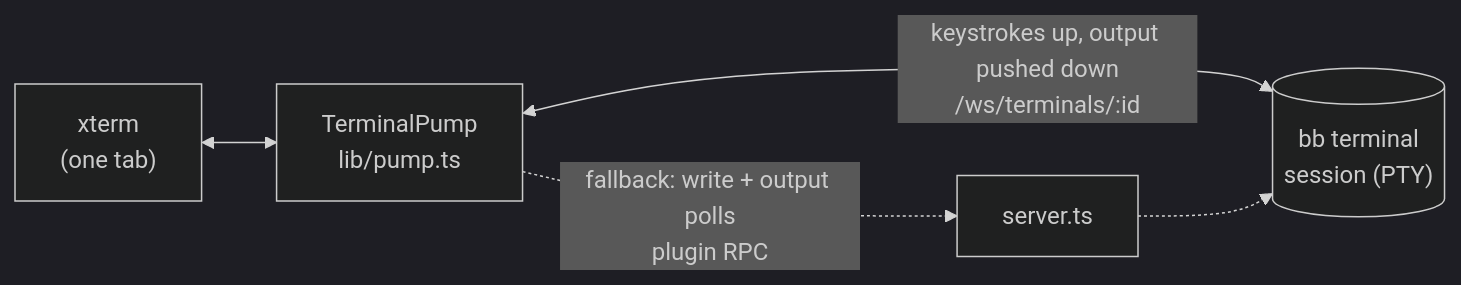
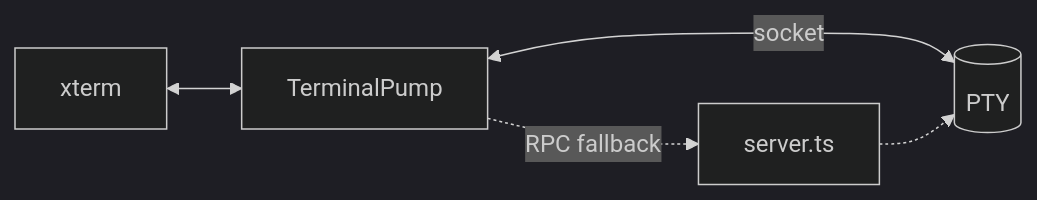
One commit to vburojevic/bb-plugin-floating-terminal changed the diagram in README.md. Above: the diagram before and after it, drawn with Mermaid (dark theme).

Commit message:
Shorten the mermaid labels so the diagram fits the page

````diff
--- a/README.md
+++ b/README.md
@@ -391,7 +391,7 @@
 ```mermaid
 flowchart LR
-  xterm["xterm<br>(one tab)"] <--> pump["TerminalPump<br>lib/pump.ts"]
-  pump <-->|"keystrokes up, output pushed down<br>/ws/terminals/:id"| pty[("bb terminal<br>session (PTY)")]
-  pump -.->|"fallback: write + output polls<br>plugin RPC"| server["server.ts"]
+  xterm["xterm"] <--> pump["TerminalPump"]
+  pump <-->|"socket"| pty[("PTY")]
+  pump -.->|"RPC fallback"| server["server.ts"]
   server -.-> pty
 ```
````
